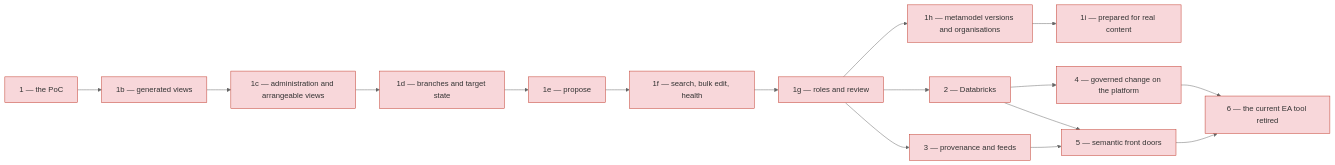
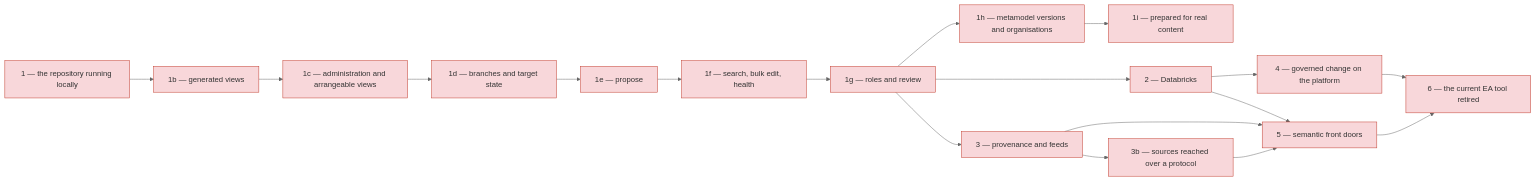
Before and after one commit to roanboc/dbx-enterprise-architecture: the second of 3 diagrams in architecture/6_transition/2_sequence.md, drawn with Mermaid (neutral theme). The commit also changed other lines of this file and 13 other files, not shown here.

````diff
--- a/architecture/6_transition/2_sequence.md
+++ b/architecture/6_transition/2_sequence.md
@@ -22,27 +22,30 @@
 ```mermaid
 flowchart LR
-  s1["1 — the PoC"]:::implementation
+  s1["1 — the repository running locally"]:::implementation
   s1b["1b — generated views"]:::implementation
   s1c["1c — administration and arrangeable views"]:::implementation
   s1d["1d — branches and target state"]:::implementation
   s1e["1e — propose"]:::implementation
   s1f["1f — search, bulk edit, health"]:::implementation
   s1g["1g — roles and review"]:::implementation
   s1h["1h — metamodel versions and organisations"]:::implementation
   s1i["1i — prepared for real content"]:::implementation
   s2["2 — Databricks"]:::implementation
   s3["3 — provenance and feeds"]:::implementation
+  s3b["3b — sources reached over a protocol"]:::implementation
   s4["4 — governed change on the platform"]:::implementation
   s5["5 — semantic front doors"]:::implementation
   s6["6 — the current EA tool retired"]:::implementation
   s1 --> s1b --> s1c --> s1d --> s1e --> s1f --> s1g --> s1h --> s1i
   s1g --> s2
   s1g --> s3
+  s3 --> s3b
   s2 --> s4
   s2 --> s5
   s3 --> s5
+  s3b --> s5
   s4 --> s6
   s5 --> s6
 
   classDef implementation fill:#f8d7da,stroke:#c0392b,color:#333
 ```
````
